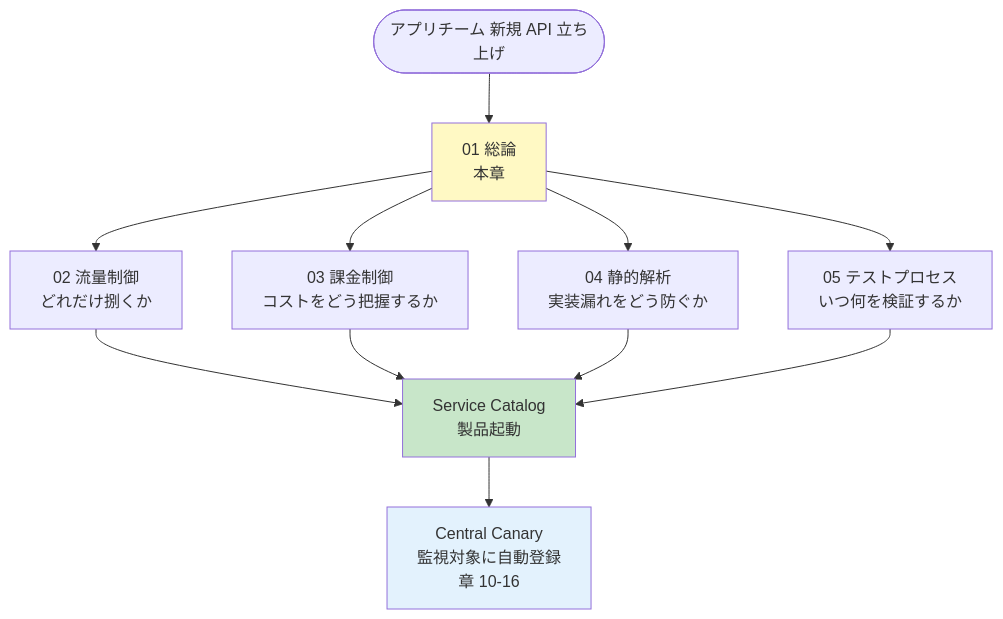
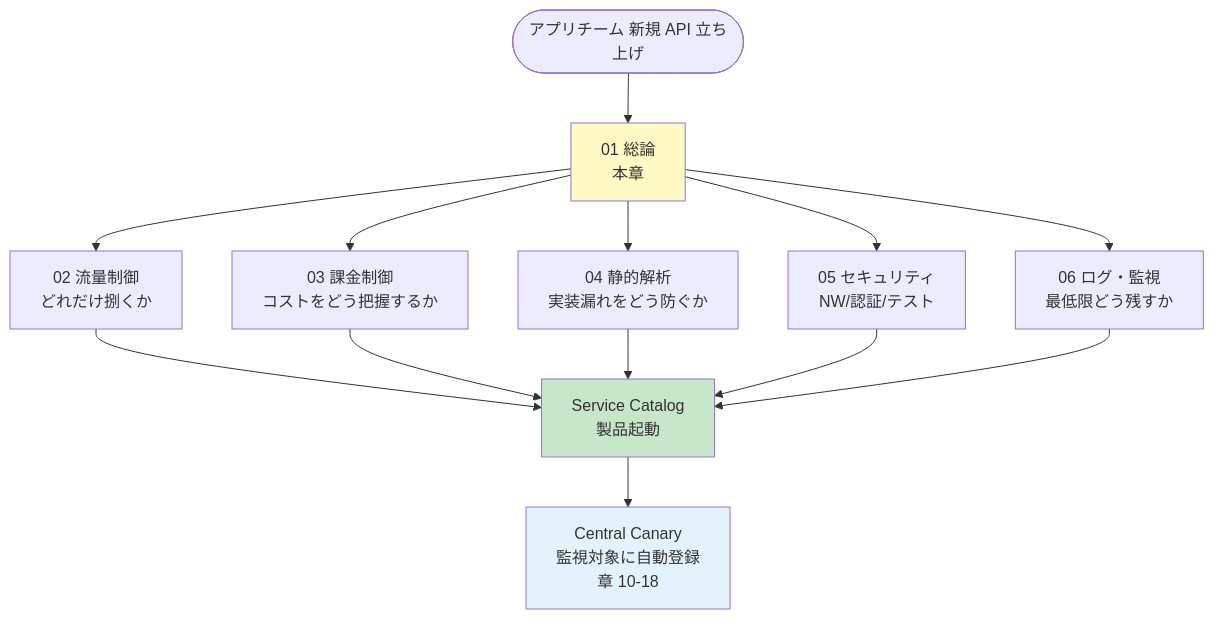
Before and after one commit to suepie/aws-atuh-poc: the second of 2 diagrams in doc/api-platform/basic-design/01-cloud-guidelines-overview.md, drawn with Mermaid. The commit also changed other lines of this file and 22 other files, not shown here.

````diff
--- a/doc/api-platform/basic-design/01-cloud-guidelines-overview.md
+++ b/doc/api-platform/basic-design/01-cloud-guidelines-overview.md
@@ -96,22 +183,24 @@
 ```mermaid
 flowchart TD
     Start([アプリチーム 新規 API 立ち上げ])
     Overview[01 総論<br/>本章]
     Start --> Overview
 
     Overview --> RL[02 流量制御<br/>どれだけ捌くか]
     Overview --> BL[03 課金制御<br/>コストをどう把握するか]
     Overview --> SA[04 静的解析<br/>実装漏れをどう防ぐか]
-    Overview --> TP[05 テストプロセス<br/>いつ何を検証するか]
+    Overview --> SEC[05 セキュリティ<br/>NW/認証/テスト]
+    Overview --> OBS[06 ログ・監視<br/>最低限どう残すか]
 
     RL --> Deploy[Service Catalog<br/>製品起動]
     BL --> Deploy
     SA --> Deploy
-    TP --> Deploy
+    SEC --> Deploy
+    OBS --> Deploy
 
-    Deploy --> Monitor[Central Canary<br/>監視対象に自動登録<br/>章 10-16]
+    Deploy --> Monitor[Central Canary<br/>監視対象に自動登録<br/>章 10-18]
 
     style Overview fill:#fff9c4
     style Deploy fill:#c8e6c9
     style Monitor fill:#e3f2fd
 ```
````
